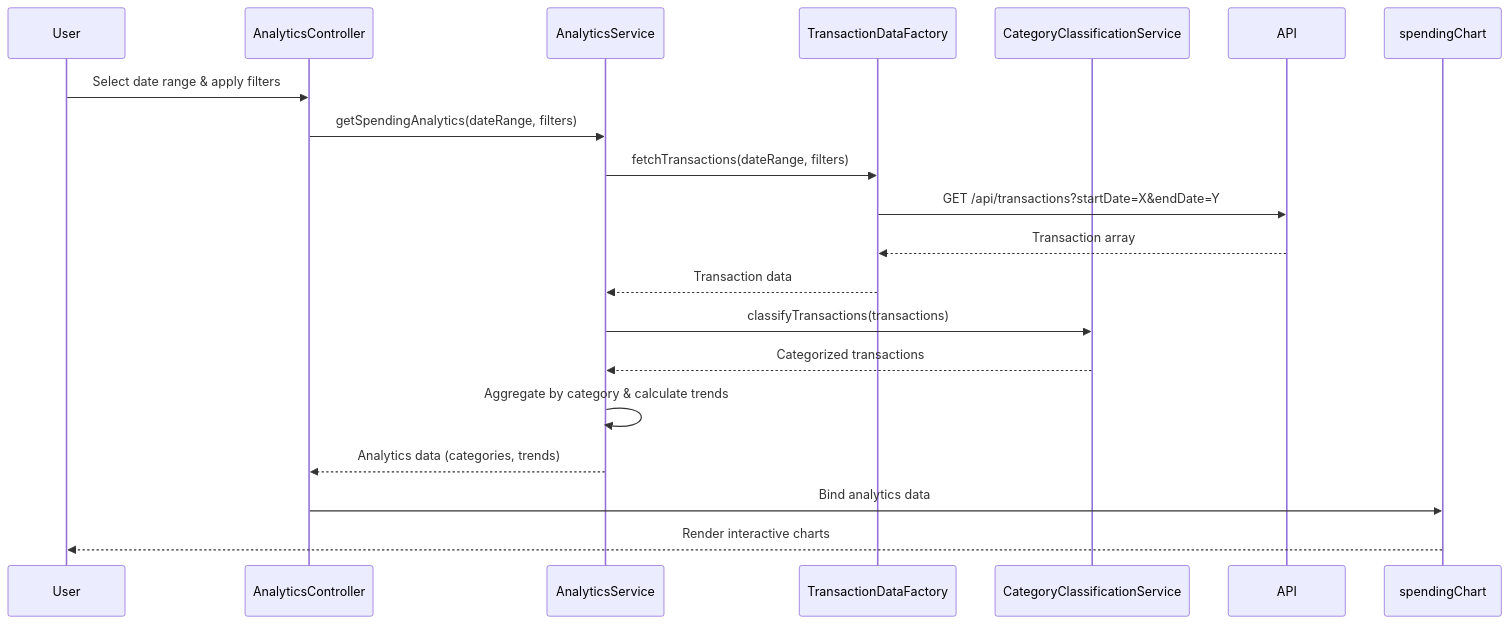
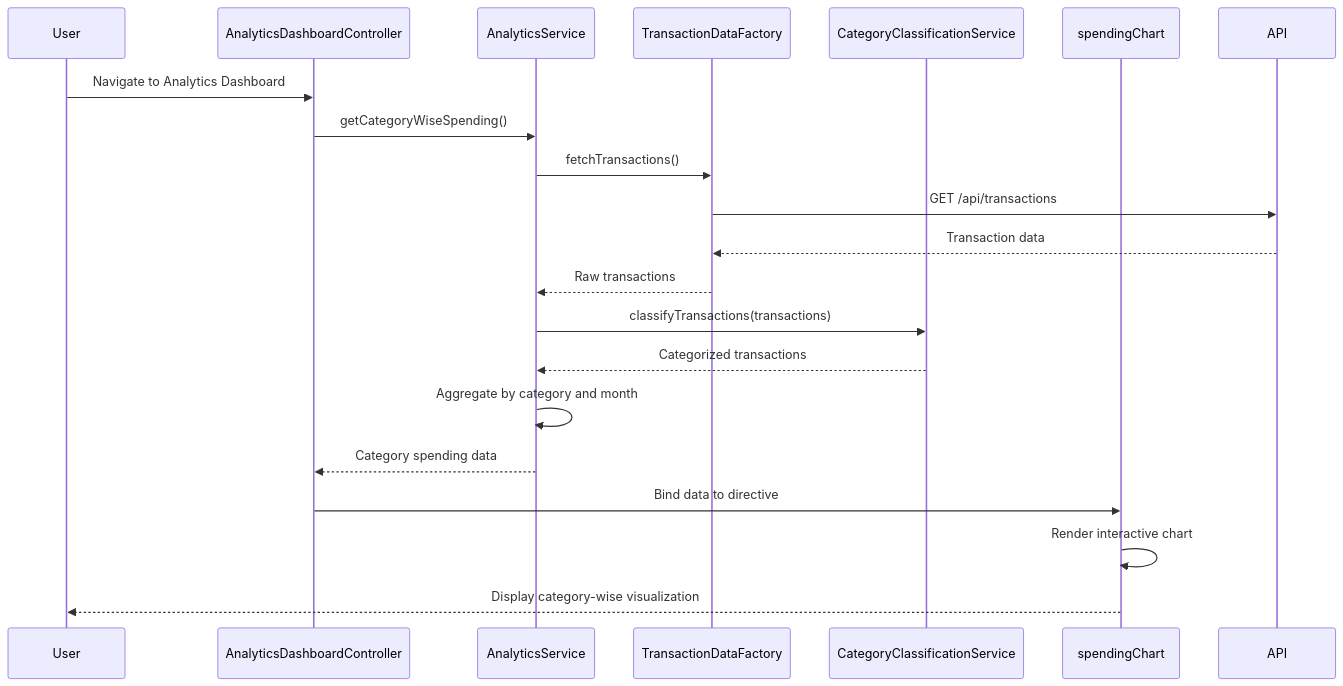
The diagram in LLD/QE-8600_LLD.md (AAVA-Demo/APB_Demo), drawn with Mermaid before and after one commit. The commit also changed other lines of this file and 5 other files, not shown here.

````diff
--- a/LLD/QE-8600_LLD.md
+++ b/LLD/QE-8600_LLD.md
@@ -81,23 +88,23 @@
 ```mermaid
 sequenceDiagram
     participant User
-    participant AnalyticsController
+    participant AnalyticsDashboardController
     participant AnalyticsService
     participant TransactionDataFactory
     participant CategoryClassificationService
-    participant API
     participant spendingChart
     
-    User->>AnalyticsController: Select date range & apply filters
-    AnalyticsController->>AnalyticsService: getSpendingAnalytics(dateRange, filters)
-    AnalyticsService->>TransactionDataFactory: fetchTransactions(dateRange, filters)
-    TransactionDataFactory->>API: GET /api/transactions?startDate=X&endDate=Y
-    API-->>TransactionDataFactory: Transaction array
-    TransactionDataFactory-->>AnalyticsService: Transaction data
+    User->>AnalyticsDashboardController: Navigate to Analytics Dashboard
+    AnalyticsDashboardController->>AnalyticsService: getCategoryWiseSpending()
+    AnalyticsService->>TransactionDataFactory: fetchTransactions()
+    TransactionDataFactory->>API: GET /api/transactions
+    API-->>TransactionDataFactory: Transaction data
+    TransactionDataFactory-->>AnalyticsService: Raw transactions
     AnalyticsService->>CategoryClassificationService: classifyTransactions(transactions)
     CategoryClassificationService-->>AnalyticsService: Categorized transactions
-    AnalyticsService->>AnalyticsService: Aggregate by category & calculate trends
-    AnalyticsService-->>AnalyticsController: Analytics data (categories, trends)
-    AnalyticsController->>spendingChart: Bind analytics data
-    spendingChart-->>User: Render interactive charts
+    AnalyticsService->>AnalyticsService: Aggregate by category and month
+    AnalyticsService-->>AnalyticsDashboardController: Category spending data
+    AnalyticsDashboardController->>spendingChart: Bind data to directive
+    spendingChart->>spendingChart: Render interactive chart
+    spendingChart-->>User: Display category-wise visualization
 ```
````
